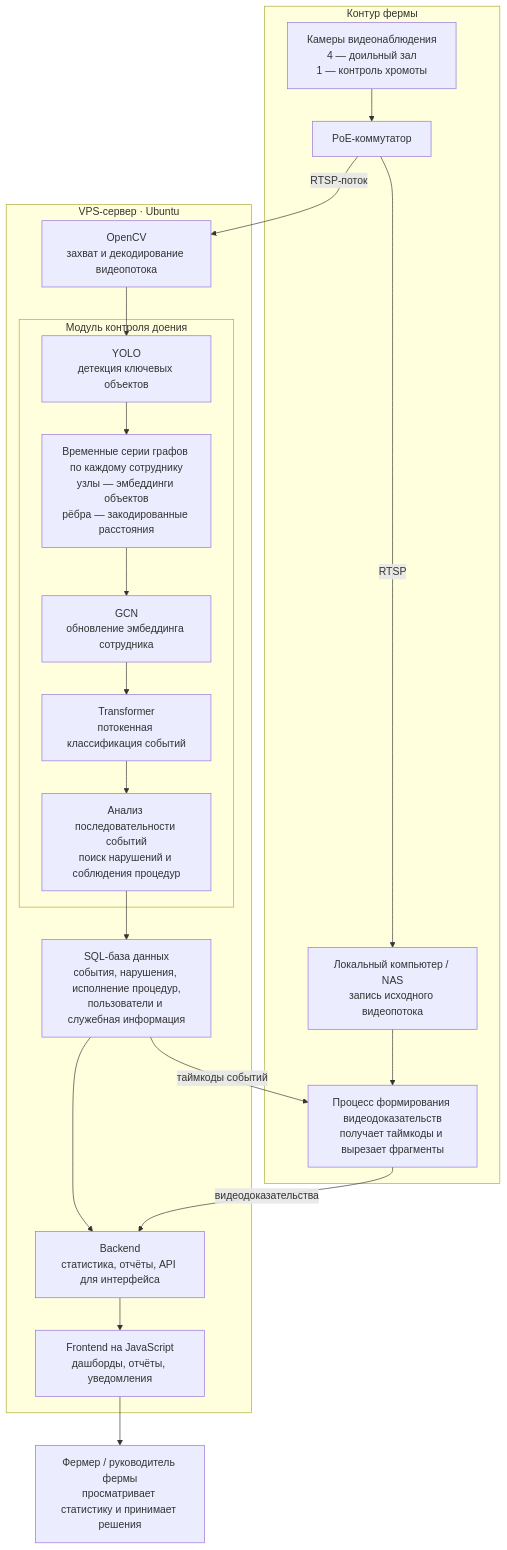
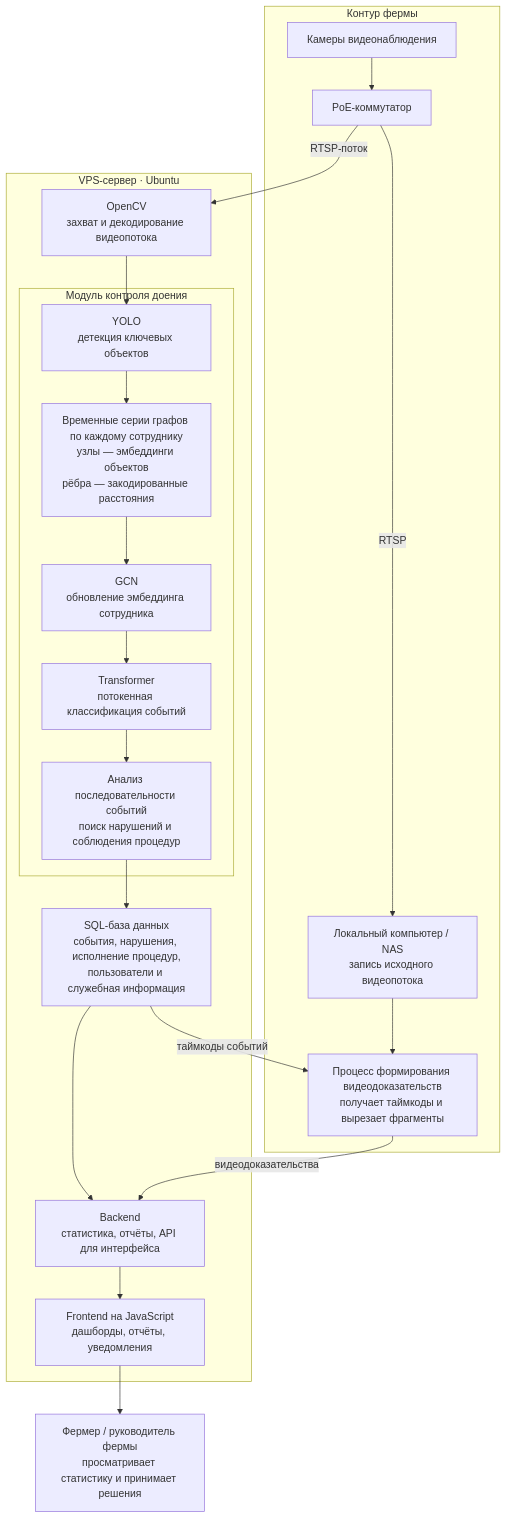
Before and after one commit to polysenina-art/itmo-jmlc: the diagram in README.md, drawn with Mermaid.

````diff
--- a/README.md
+++ b/README.md
@@ -31,43 +31,43 @@
 ```mermaid
 flowchart TB
     subgraph FARM["Контур фермы"]
-        CAM["Камеры видеонаблюдения<br/>4 — доильный зал<br/>1 — контроль хромоты"]
+        CAM["Камеры видеонаблюдения"]
         POE["PoE-коммутатор"]
         NAS["Локальный компьютер / NAS<br/>запись исходного видеопотока"]
         CLIP["Процесс формирования видеодоказательств<br/>получает таймкоды и вырезает фрагменты"]
 
         CAM --> POE
         POE -->|"RTSP"| NAS
         NAS --> CLIP
     end
 
     subgraph VPS["VPS-сервер · Ubuntu"]
         OPENCV["OpenCV<br/>захват и декодирование видеопотока"]
 
         subgraph MILK["Модуль контроля доения"]
             YOLO["YOLO<br/>детекция ключевых объектов"]
             GRAPH["Временные серии графов по каждому сотруднику<br/>узлы — эмбеддинги объектов<br/>рёбра — закодированные расстояния"]
             GCN["GCN<br/>обновление эмбеддинга сотрудника"]
             TR["Transformer<br/>потокенная классификация событий"]
             SEQ["Анализ последовательности событий<br/>поиск нарушений и соблюдения процедур"]
 
             YOLO --> GRAPH --> GCN --> TR --> SEQ
         end
 
         SQL["SQL-база данных<br/>события, нарушения, исполнение процедур,<br/>пользователи и служебная информация"]
         BACK["Backend<br/>статистика, отчёты, API для интерфейса"]
         FRONT["Frontend на JavaScript<br/>дашборды, отчёты, уведомления"]
 
         OPENCV --> YOLO
         SEQ --> SQL
         SQL --> BACK
         BACK --> FRONT
     end
 
     POE -->|"RTSP-поток"| OPENCV
     SQL -->|"таймкоды событий"| CLIP
     CLIP -->|"видеодоказательства"| BACK
 
     USER["Фермер / руководитель фермы<br/>просматривает статистику и принимает решения"]
     FRONT --> USER
 ```
````
